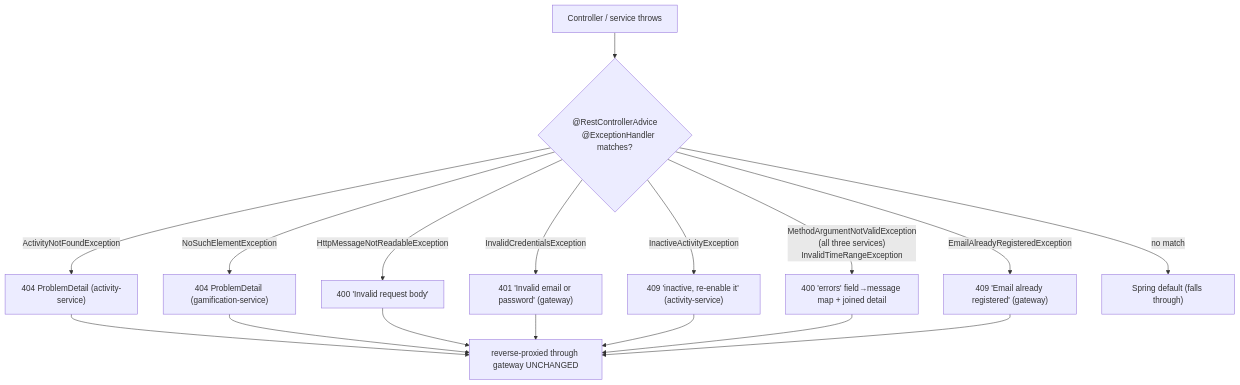
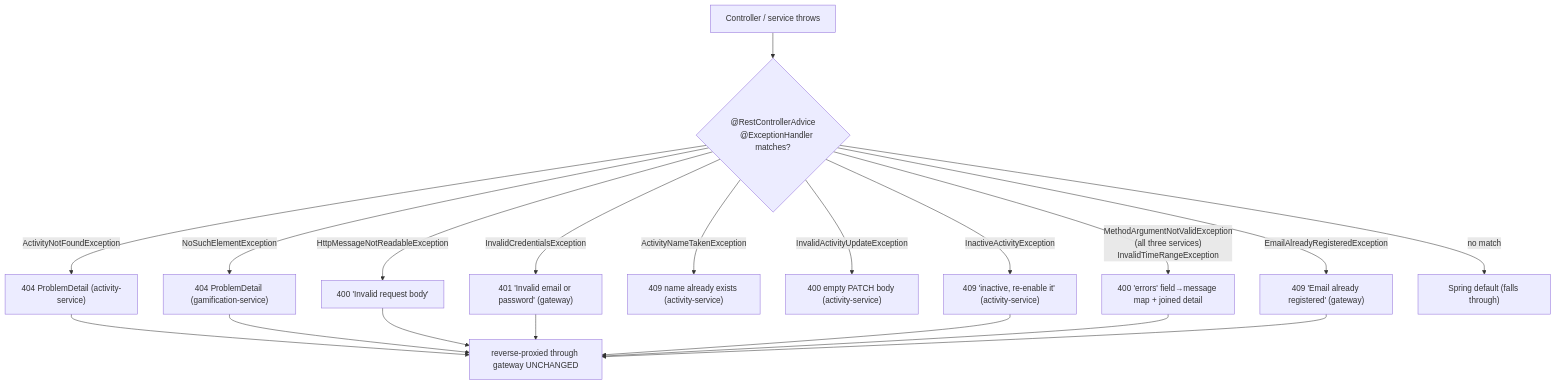
Before and after one commit to prashant-singh-2001/gamified_tracker: the diagram in docs/features/error-handling.md, drawn with Mermaid. The commit also changed 17 other files, not shown here.

First line of the commit message:
feat(activity-service): admin PATCH/DELETE for the activity catalog

````diff
--- a/docs/features/error-handling.md
+++ b/docs/features/error-handling.md
@@ -20,14 +20,16 @@
 ```mermaid
 flowchart TB
     A[Controller / service throws] --> B{"@RestControllerAdvice
     @ExceptionHandler matches?"}
     B -->|"ActivityNotFoundException"| C["404 ProblemDetail (activity-service)"]
     B -->|"NoSuchElementException"| D["404 ProblemDetail (gamification-service)"]
     B -->|"InactiveActivityException"| I["409 'inactive, re-enable it' (activity-service)"]
     B -->|"MethodArgumentNotValidException<br/>(all three services)<br/>InvalidTimeRangeException"| J["400 'errors' field→message map + joined detail"]
+    B -->|"ActivityNameTakenException"| N["409 name already exists (activity-service)"]
+    B -->|"InvalidActivityUpdateException"| U["400 empty PATCH body (activity-service)"]
     B -->|"HttpMessageNotReadableException"| E["400 'Invalid request body'"]
     B -->|"InvalidCredentialsException"| F["401 'Invalid email or password' (gateway)"]
     B -->|"EmailAlreadyRegisteredException"| K["409 'Email already registered' (gateway)"]
     B -->|no match| G["Spring default (falls through)"]
     C & D & E & F & I & J & K --> H["reverse-proxied through gateway UNCHANGED"]
 ```
````
